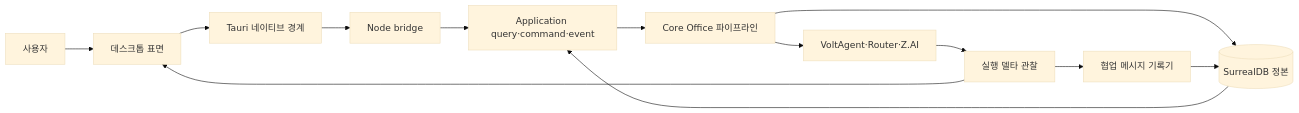
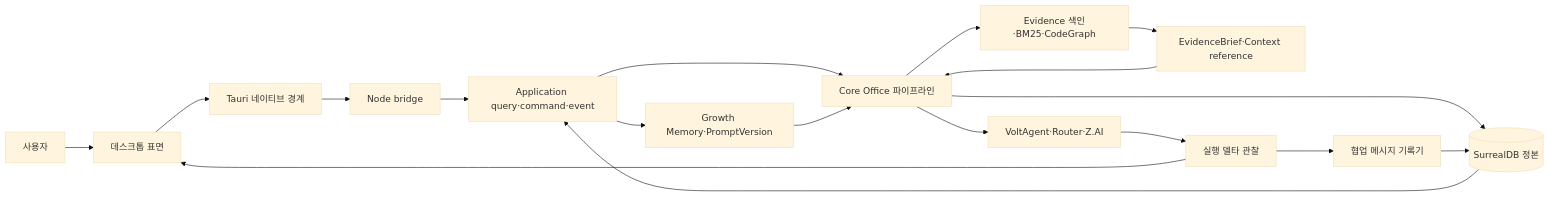
The diagram in docs/superpowers/specs/2026-07-24-phase-30-product-integration-design.md (jabdori/massion), drawn with Mermaid (base theme) before and after one commit. The commit also changed other lines of this file and 7 other files, not shown here.

````diff
--- a/docs/superpowers/specs/2026-07-24-phase-30-product-integration-design.md
+++ b/docs/superpowers/specs/2026-07-24-phase-30-product-integration-design.md
@@ -118,15 +133,20 @@
 ```mermaid
 flowchart LR
   U["사용자"] --> D["데스크톱 표면"]
   D --> T["Tauri 네이티브 경계"]
   T --> B["Node bridge"]
   B --> A["Application query·command·event"]
   A --> C["Core Office 파이프라인"]
+  C --> K["Evidence 색인·BM25·CodeGraph"]
+  K --> E["EvidenceBrief·Context reference"]
+  E --> C
+  A --> G["Growth Memory·PromptVersion"]
+  G --> C
   C --> R["VoltAgent·Router·Z.AI"]
   C --> S[("SurrealDB 정본")]
   R --> O["실행 델타 관찰"]
   O --> D
   O --> M["협업 메시지 기록기"]
   M --> S
   S --> A
 ```
````
